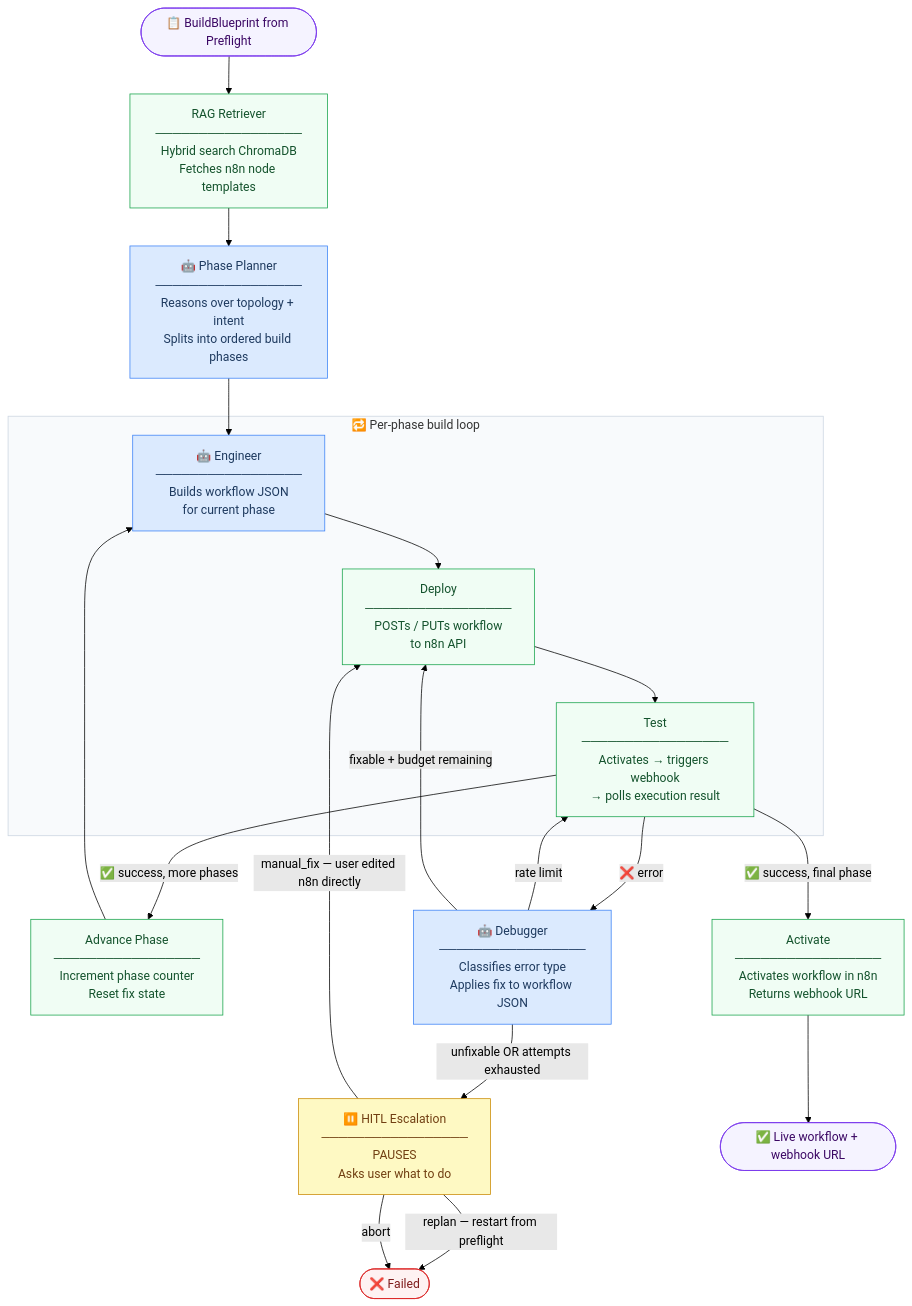
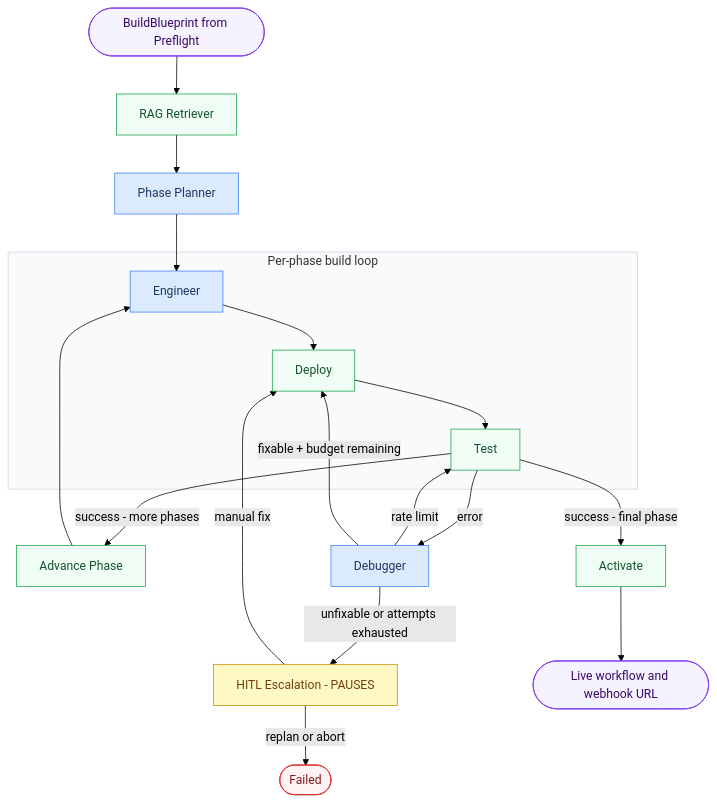
The first of 2 diagrams in src/agentic_system/build_cycle/README.md (h19overflow/ARIA), drawn with Mermaid (forest theme) before and after one commit. The commit also changed other lines of this file and 26 other files, not shown here.

Commit message:
refactor: unify HITL interrupt schema and enhance frontend state sync

````diff
--- a/src/agentic_system/build_cycle/README.md
+++ b/src/agentic_system/build_cycle/README.md
@@ -9,56 +9,43 @@
 ```mermaid
 flowchart TD
-    IN([📋 BuildBlueprint from Preflight]) --> RAG
+    IN([BuildBlueprint from Preflight]) --> RAG
 
-    RAG["RAG Retriever\n─────────────────\nHybrid search ChromaDB\nFetches n8n node templates"]
-
-    RAG --> PLAN
-
-    PLAN["🤖 Phase Planner\n─────────────────\nReasons over topology + intent\nSplits into ordered build phases"]
-
+    RAG[RAG Retriever]
+    RAG --> PLAN[Phase Planner]
     PLAN --> ENG
 
-    subgraph LOOP ["🔁 Per-phase build loop"]
-        ENG["🤖 Engineer\n─────────────────\nBuilds workflow JSON\nfor current phase"]
-        DEP["Deploy\n─────────────────\nPOSTs / PUTs workflow\nto n8n API"]
-        TST["Test\n─────────────────\nActivates → triggers webhook\n→ polls execution result"]
-
+    subgraph LOOP [Per-phase build loop]
+        ENG[Engineer]
+        DEP[Deploy]
+        TST[Test]
         ENG --> DEP --> TST
     end
 
-    TST -->|✅ success, more phases| ADV["Advance Phase\n─────────────────\nIncrement phase counter\nReset fix state"]
+    TST -->|success - more phases| ADV[Advance Phase]
     ADV --> ENG
-
-    TST -->|✅ success, final phase| ACT["Activate\n─────────────────\nActivates workflow in n8n\nReturns webhook URL"]
-
-    TST -->|❌ error| DBG
-
-    DBG["🤖 Debugger\n─────────────────\nClassifies error type\nApplies fix to workflow JSON"]
+    TST -->|success - final phase| ACT[Activate]
+    TST -->|error| DBG[Debugger]
 
     DBG -->|rate limit| TST
     DBG -->|fixable + budget remaining| DEP
-    DBG -->|unfixable OR attempts exhausted| ESC
+    DBG -->|unfixable or attempts exhausted| ESC[HITL Escalation - PAUSES]
 
-    ESC["⏸️ HITL Escalation\n─────────────────\nPAUSES\nAsks user what to do"]
+    ESC -->|manual fix| DEP
+    ESC -->|replan or abort| FAIL([Failed])
 
-    ESC -->|manual_fix — user edited n8n directly| DEP
-    ESC -->|replan — restart from preflight| FAIL
-    ESC -->|abort| FAIL
-
-    ACT --> DONE([✅ Live workflow + webhook URL])
-    FAIL([❌ Failed])
+    ACT --> DONE([Live workflow and webhook URL])
 
     style RAG fill:#f0fdf4,stroke:#16a34a,color:#14532d
     style PLAN fill:#dbeafe,stroke:#3b82f6,color:#1e3a5f
     style ENG fill:#dbeafe,stroke:#3b82f6,color:#1e3a5f
     style DBG fill:#dbeafe,stroke:#3b82f6,color:#1e3a5f
     style DEP fill:#f0fdf4,stroke:#16a34a,color:#14532d
     style TST fill:#f0fdf4,stroke:#16a34a,color:#14532d
     style ADV fill:#f0fdf4,stroke:#16a34a,color:#14532d
     style ACT fill:#f0fdf4,stroke:#16a34a,color:#14532d
     style ESC fill:#fef9c3,stroke:#ca8a04,color:#713f12
     style IN fill:#f5f3ff,stroke:#7c3aed,color:#3b0764
     style DONE fill:#f5f3ff,stroke:#7c3aed,color:#3b0764
     style FAIL fill:#fef2f2,stroke:#dc2626,color:#7f1d1d
     style LOOP fill:#f8fafc,stroke:#cbd5e1
 ```
````
